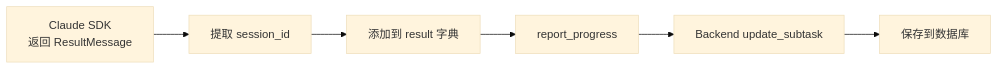
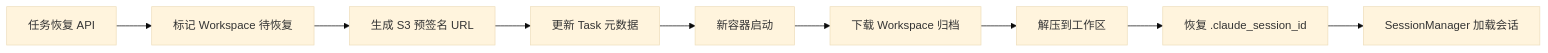
The sixth of 8 diagrams in docs/zh/features/task-restore.md (wecode-ai/Wegent), drawn with Mermaid (base theme) before and after one commit. The commit also changed other lines of this file and 7 other files, not shown here.

First line of the commit message:
refactor(backend,executor): remove database session ID persistence, use workspace archive only

````diff
--- a/docs/zh/features/task-restore.md
+++ b/docs/zh/features/task-restore.md
@@ -250,8 +203,11 @@
 ```mermaid
 flowchart LR
-    A[Claude SDK<br/>返回 ResultMessage] --> B[提取 session_id]
-    B --> C[添加到 result 字典]
-    C --> D[report_progress]
-    D --> E[Backend update_subtask]
-    E --> F[保存到数据库]
+    A[任务恢复 API] --> B[标记 Workspace 待恢复]
+    B --> C[生成 S3 预签名 URL]
+    C --> D[更新 Task 元数据]
+    D --> E[新容器启动]
+    E --> F[下载 Workspace 归档]
+    F --> G[解压到工作区]
+    G --> H[恢复 .claude_session_id]
+    H --> I[SessionManager 加载会话]
 ```
````
